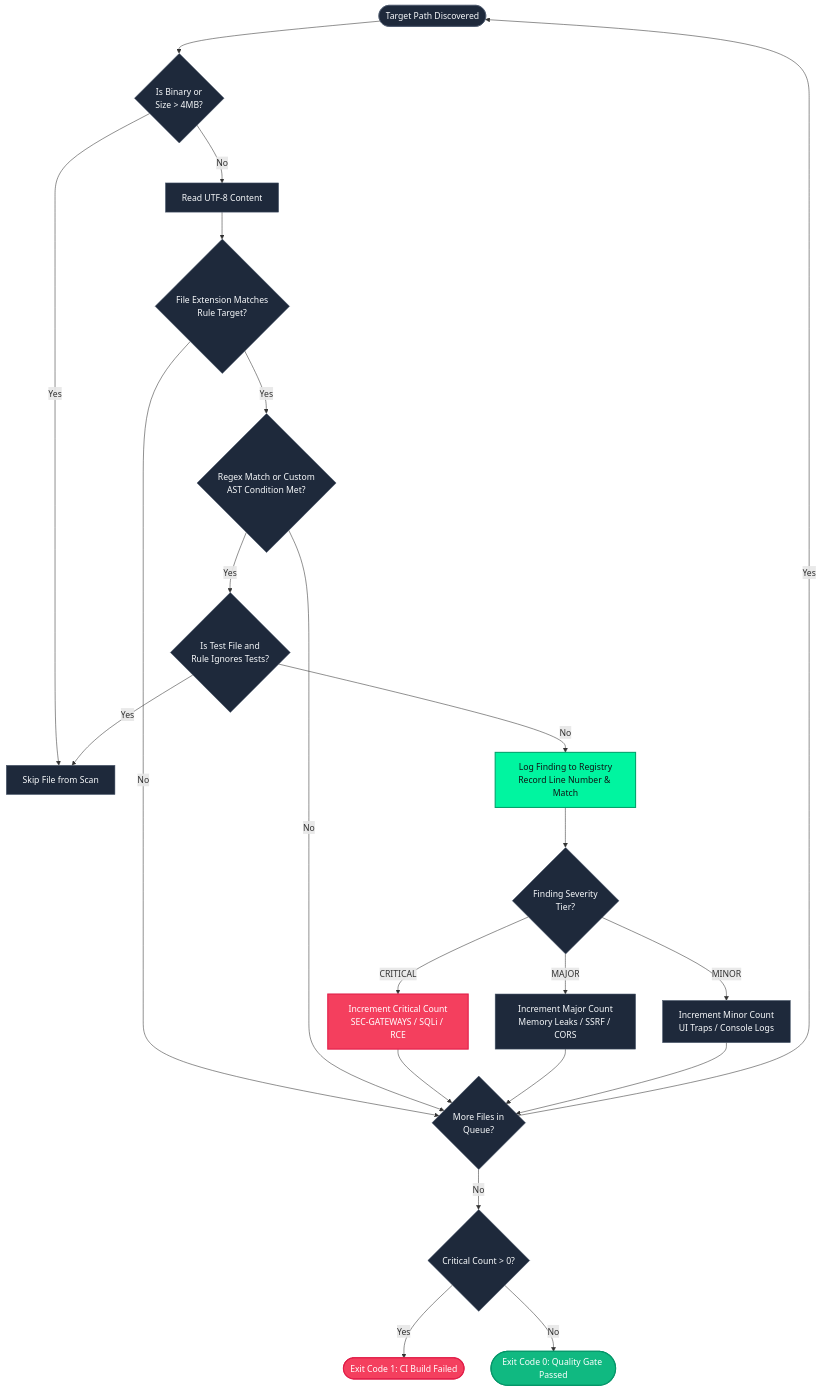
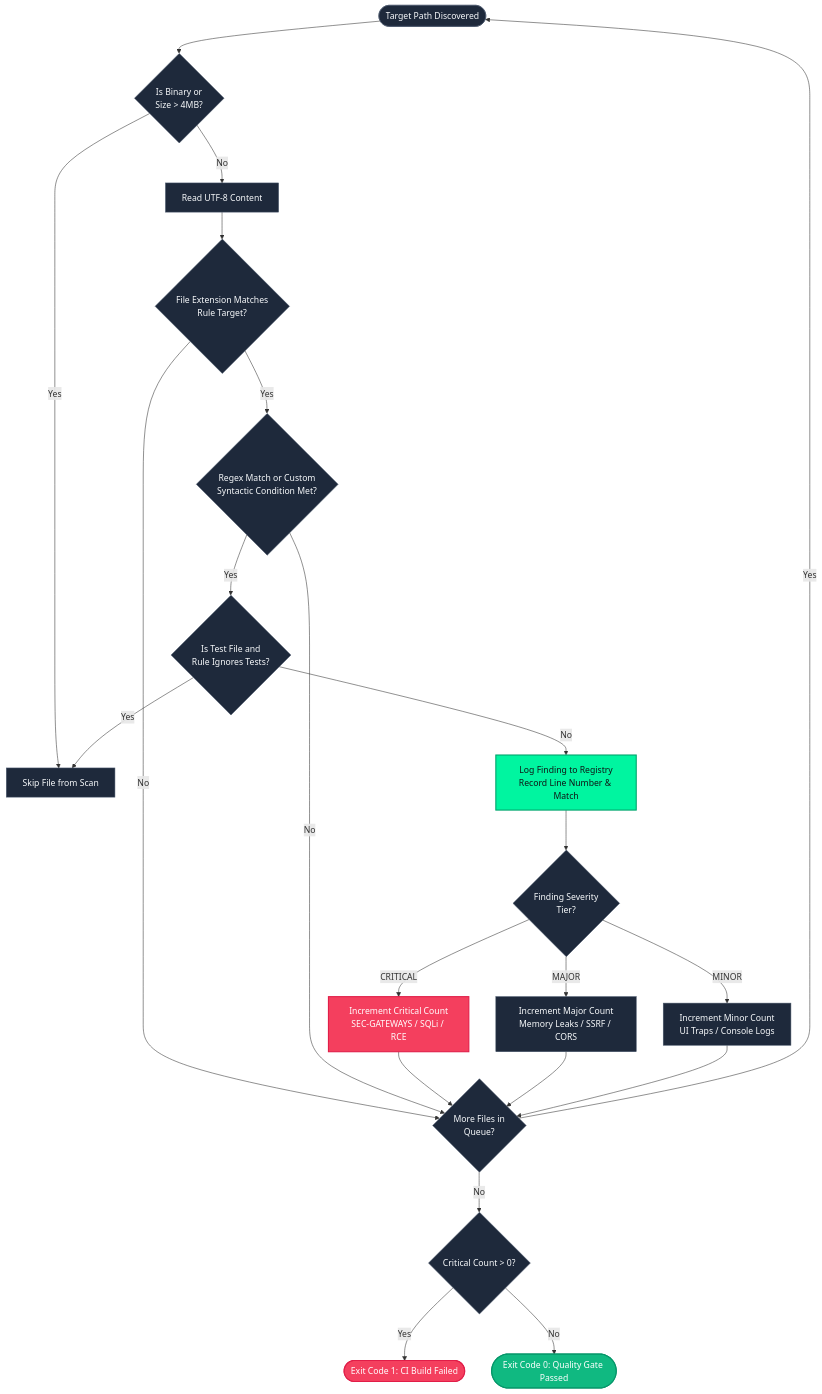
Before and after one commit to arnnnnaaavvvvv/MEJOR: the third of 5 diagrams in README.md, drawn with Mermaid. The commit also changed other lines of this file, not shown here.

````diff
--- a/README.md
+++ b/README.md
@@ -339,53 +341,53 @@
 ```mermaid
 flowchart TD
     classDef highlight fill:#00f5a0,stroke:#00a36c,stroke-width:2px,color:#0f1515;
     classDef standard fill:#1e293b,stroke:#475569,stroke-width:1px,color:#f8fafc;
     classDef terminal fill:#f43f5e,stroke:#e11d48,stroke-width:2px,color:#ffffff;
     classDef pass fill:#10b981,stroke:#059669,stroke-width:2px,color:#ffffff;
 
     START([Target Path Discovered]):::standard
     BIN_CHECK{Is Binary or<br/>Size > 4MB?}:::standard
     SKIP[Skip File from Scan]:::standard
     READ[Read UTF-8 Content]:::standard
     APPLIES_CHECK{File Extension Matches<br/>Rule Target?}:::standard
-    EVAL_RULE{Regex Match or Custom<br/>AST Condition Met?}:::standard
+    EVAL_RULE{Regex Match or Custom<br/>Syntactic Condition Met?}:::standard
     FALSE_POS{Is Test File and<br/>Rule Ignores Tests?}:::standard
     LOG_FINDING[Log Finding to Registry<br/>Record Line Number & Match]:::highlight
     SEV_CHECK{Finding Severity<br/>Tier?}:::standard
     TIER_CRIT[Increment Critical Count<br/>SEC-GATEWAYS / SQLi / RCE]:::terminal
     TIER_MAJ[Increment Major Count<br/>Memory Leaks / SSRF / CORS]:::standard
     TIER_MIN[Increment Minor Count<br/>UI Traps / Console Logs]:::standard
     MORE_FILES{More Files in<br/>Queue?}:::standard
     CI_GATE{Critical Count > 0?}:::standard
     FAIL_BUILD([Exit Code 1: CI Build Failed]):::terminal
     PASS_BUILD([Exit Code 0: Quality Gate Passed]):::pass
 
     START --> BIN_CHECK
     BIN_CHECK -- Yes --> SKIP
     BIN_CHECK -- No --> READ
     READ --> APPLIES_CHECK
 
     APPLIES_CHECK -- No --> MORE_FILES
     APPLIES_CHECK -- Yes --> EVAL_RULE
 
     EVAL_RULE -- No --> MORE_FILES
     EVAL_RULE -- Yes --> FALSE_POS
 
     FALSE_POS -- Yes --> SKIP
     FALSE_POS -- No --> LOG_FINDING
 
     LOG_FINDING --> SEV_CHECK
     SEV_CHECK -- CRITICAL --> TIER_CRIT
     SEV_CHECK -- MAJOR --> TIER_MAJ
     SEV_CHECK -- MINOR --> TIER_MIN
 
     TIER_CRIT --> MORE_FILES
     TIER_MAJ --> MORE_FILES
     TIER_MIN --> MORE_FILES
 
     MORE_FILES -- Yes --> START
     MORE_FILES -- No --> CI_GATE
 
     CI_GATE -- Yes --> FAIL_BUILD
     CI_GATE -- No --> PASS_BUILD
 ```
````
